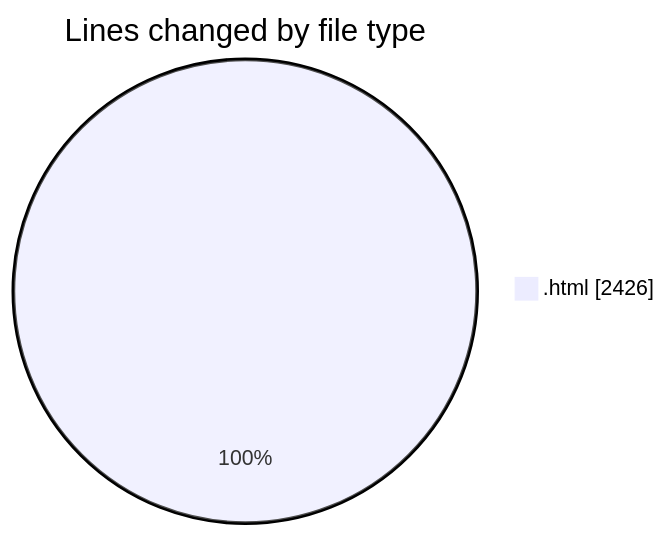
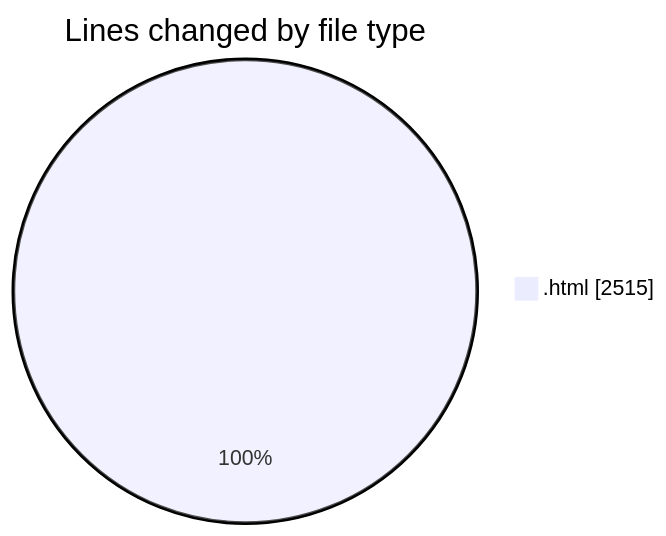
One commit to Ritupan-Deka/code-tracking changed the first of 2 diagrams in 2025-06-17/projects/README.md. Above: the diagram before and after it, drawn with Mermaid. The commit also changed other lines of this file and 1 other file, not shown here.

````diff
--- a/2025-06-17/projects/README.md
+++ b/2025-06-17/projects/README.md
@@ -21,5 +21,5 @@
 ```mermaid
 pie showData
 title Lines changed by file type
-".html" : 2426
+".html" : 2515
 ```
````
